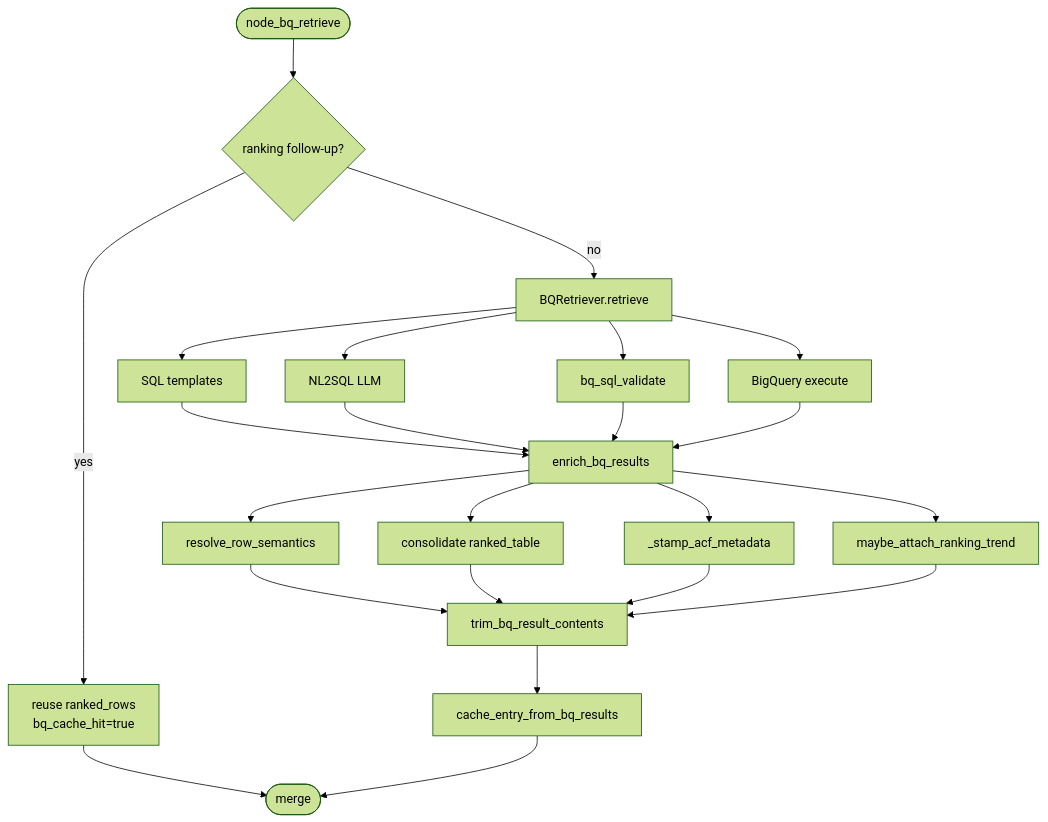
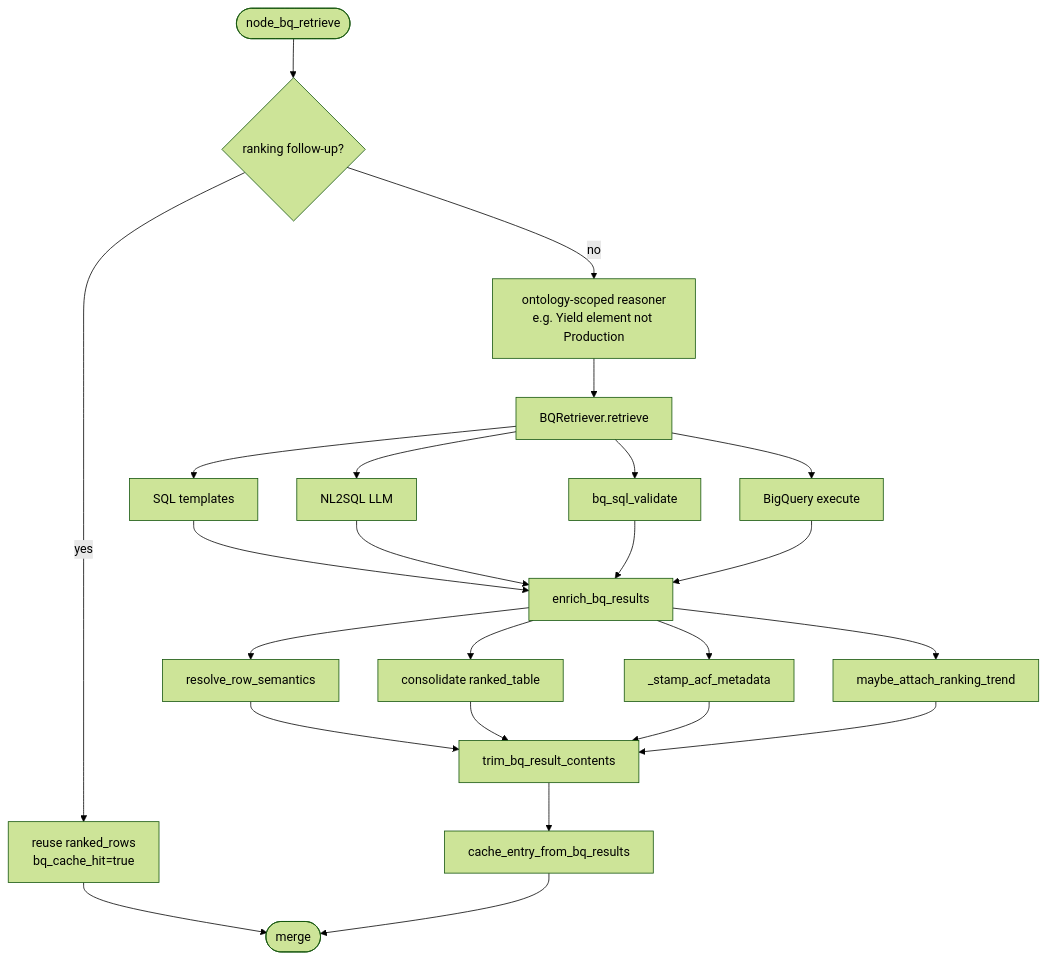
Before and after one commit to chidiebereopentrace/data-team: the diagram in ml-eng/ml/rag/docs/diagrams/bq_retrieve_subflow.mmd, drawn with Mermaid (forest theme). The commit also changed 46 other files, not shown here.

```diff
--- a/ml-eng/ml/rag/docs/diagrams/bq_retrieve_subflow.mmd
+++ b/ml-eng/ml/rag/docs/diagrams/bq_retrieve_subflow.mmd
@@ -1,28 +1,29 @@
 flowchart TB
   START([node_bq_retrieve]) --> DEC{ranking follow-up?}
 
-  DEC -->|yes| CACHE[reuse ranked_rows\nbq_cache_hit=true]
+  DEC -->|yes| CACHE["reuse ranked_rows<br/>bq_cache_hit=true"]
   CACHE --> MERGE([merge])
 
-  DEC -->|no| RET[BQRetriever.retrieve]
+  DEC -->|no| REASON["ontology-scoped reasoner<br/>e.g. Yield element not Production"]
+  REASON --> RET[BQRetriever.retrieve]
   RET --> TPL[SQL templates]
   RET --> NL2[NL2SQL LLM]
   RET --> VAL[bq_sql_validate]
   RET --> EXEC[BigQuery execute]
   TPL --> ENRICH
   NL2 --> ENRICH
   VAL --> ENRICH
   EXEC --> ENRICH[enrich_bq_results]
 
   ENRICH --> SEM[resolve_row_semantics]
   ENRICH --> RANK[consolidate ranked_table]
   ENRICH --> STAMP[_stamp_acf_metadata]
   ENRICH --> TREND[maybe_attach_ranking_trend]
 
   SEM --> TRIM
   RANK --> TRIM
   STAMP --> TRIM
   TREND --> TRIM[trim_bq_result_contents]
 
   TRIM --> SAVE[cache_entry_from_bq_results]
   SAVE --> MERGE
```
